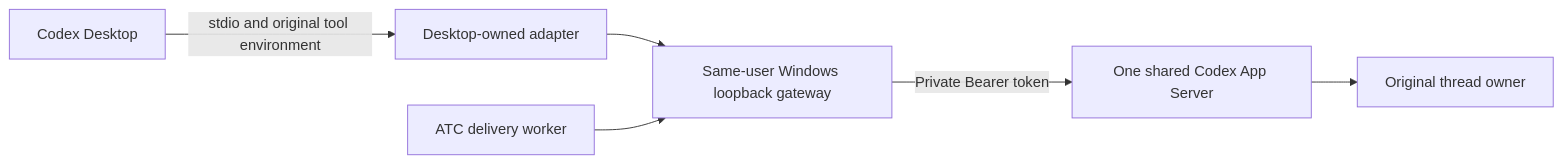
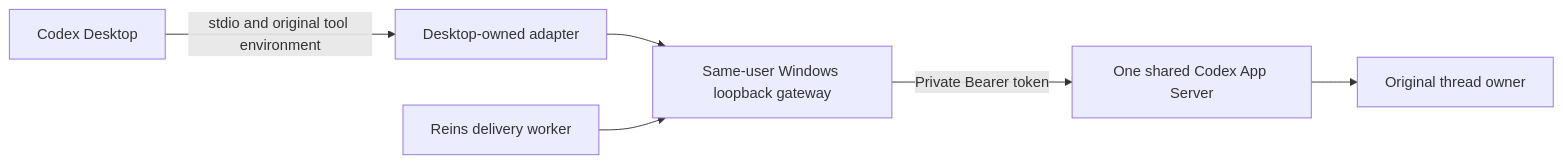
Before and after one commit to lz59970062/agent-atc: the diagram in docs/windows-desktop-bridge.md, drawn with Mermaid. The commit also changed other lines of this file and 315 other files, not shown here.

````diff
--- a/docs/windows-desktop-bridge.md
+++ b/docs/windows-desktop-bridge.md
@@ -77,8 +77,8 @@
 ```mermaid
 flowchart LR
     Desktop[Codex Desktop] -->|stdio and original tool environment| Adapter[Desktop-owned adapter]
     Adapter --> Gate[Same-user Windows loopback gateway]
-    ATC[ATC delivery worker] --> Gate
+    Reins[Reins delivery worker] --> Gate
     Gate -->|Private Bearer token| Server[One shared Codex App Server]
     Server --> Thread[Original thread owner]
 ```
````
